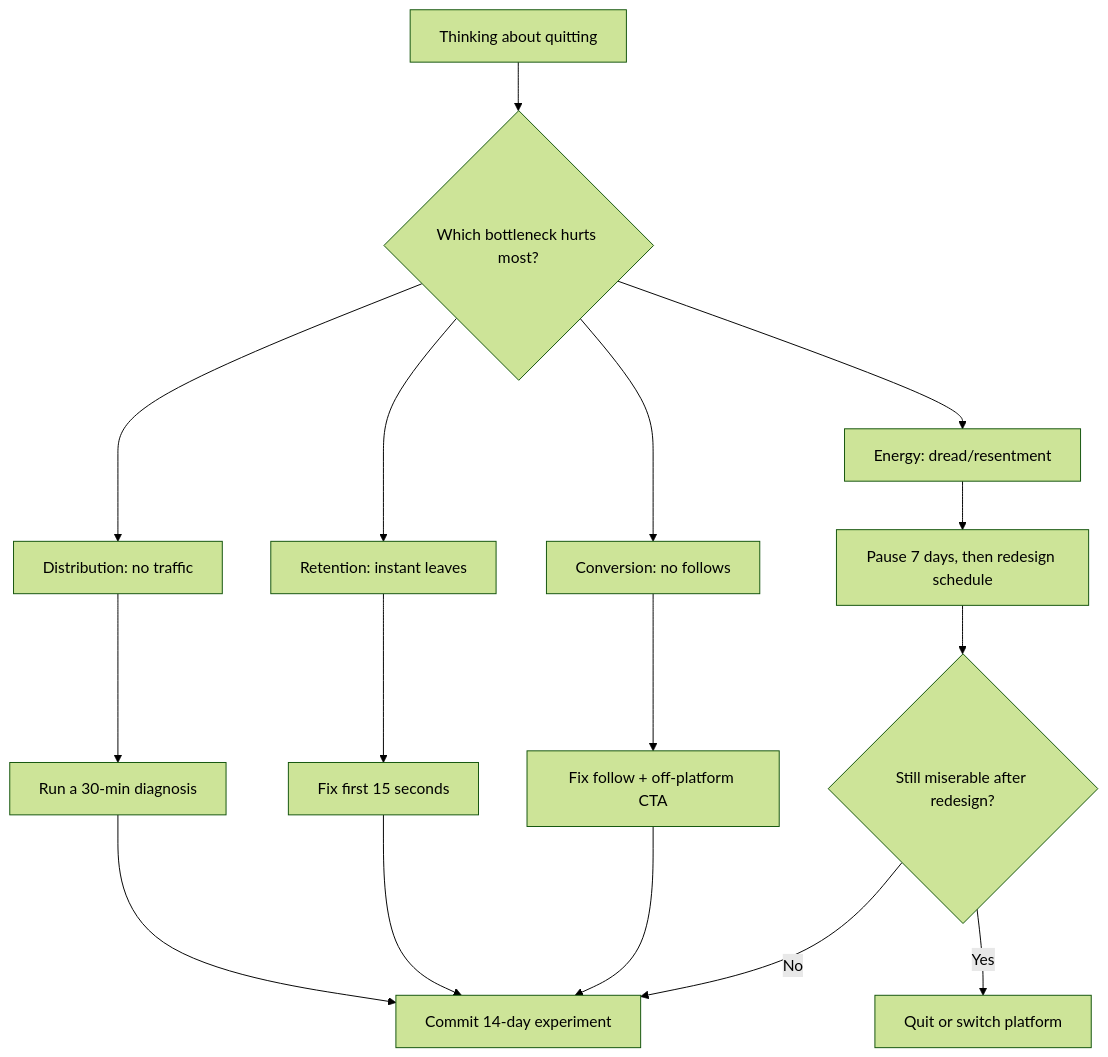
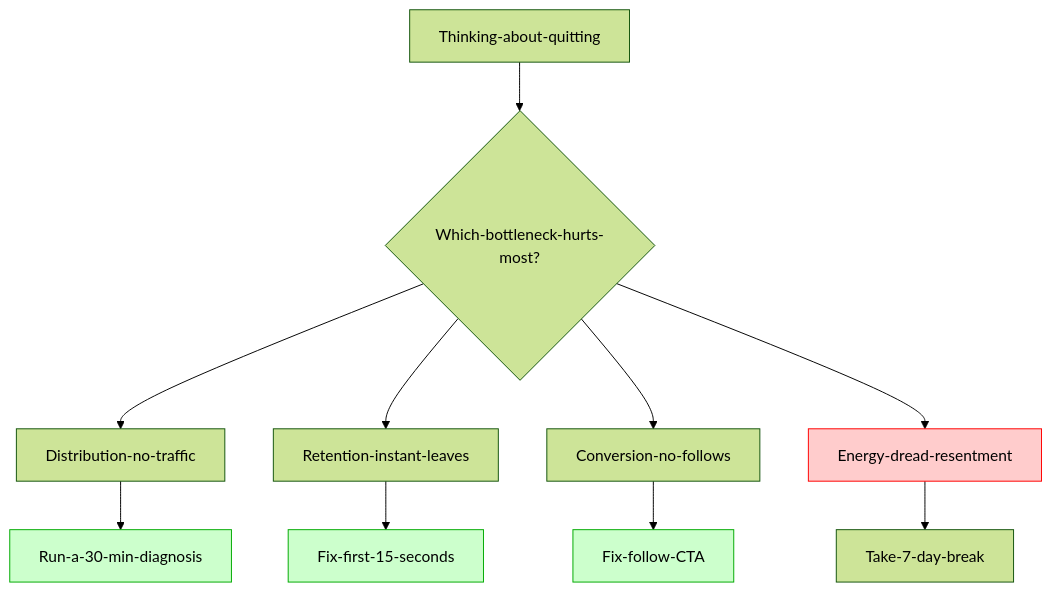
One commit to littl3-boat/ttwise changed the diagram in data/blog/should-you-quit-tiktok-live-decision-guide-2026.mdx. Above: the diagram before and after it, drawn with Mermaid (forest theme). The commit also changed 35 other files, not shown here.

First line of the commit message:
feat: fix Mermaid diagram syntax across blog posts and add new Reddit-sourced blog entries

````diff
--- a/data/blog/should-you-quit-tiktok-live-decision-guide-2026.mdx
+++ b/data/blog/should-you-quit-tiktok-live-decision-guide-2026.mdx
@@ -90,20 +90,18 @@
 ```mermaid
 flowchart TD
-  A[Thinking about quitting] --> B{Which bottleneck hurts most?}
-  B --> C[Distribution: no traffic]
-  B --> D[Retention: instant leaves]
-  B --> E[Conversion: no follows]
-  B --> F[Energy: dread/resentment]
+  A[Thinking-about-quitting] --> B{Which-bottleneck-hurts-most?}
+  B --> C[Distribution-no-traffic]
+  B --> D[Retention-instant-leaves]
+  B --> E[Conversion-no-follows]
+  B --> F[Energy-dread-resentment]
 
-  C --> C1[Run a 30-min diagnosis]
-  D --> D1[Fix first 15 seconds]
-  E --> E1[Fix follow + off-platform CTA]
-  F --> F1[Pause 7 days, then redesign schedule]
+  C --> C1[Run-a-30-min-diagnosis]
+  D --> D1[Fix-first-15-seconds]
+  E --> E1[Fix-follow-CTA]
+  F --> F1[Take-7-day-break]
 
-  C1 --> G[Commit 14-day experiment]
-  D1 --> G
-  E1 --> G
-  F1 --> H{Still miserable after redesign?}
-  H -->|Yes| I[Quit or switch platform]
-  H -->|No| G
+  style F fill:#ffcccc,stroke:#ff0000
+  style C1 fill:#ccffcc,stroke:#00aa00
+  style D1 fill:#ccffcc,stroke:#00aa00
+  style E1 fill:#ccffcc,stroke:#00aa00
 ```
````
